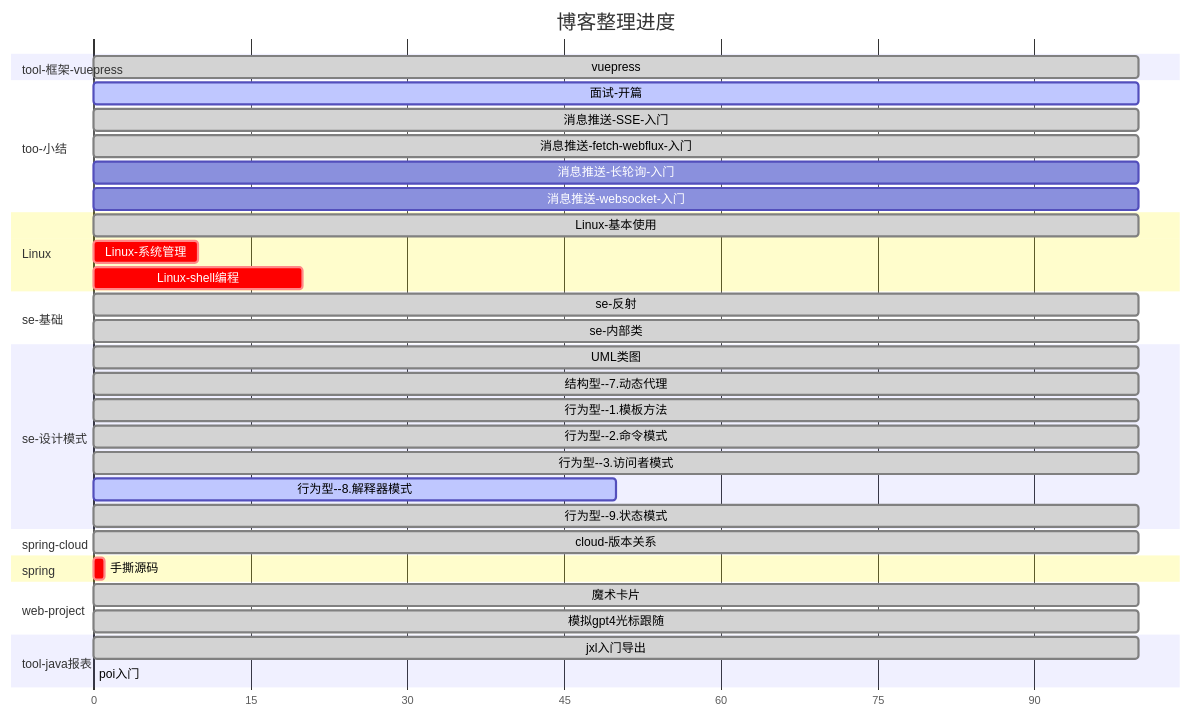
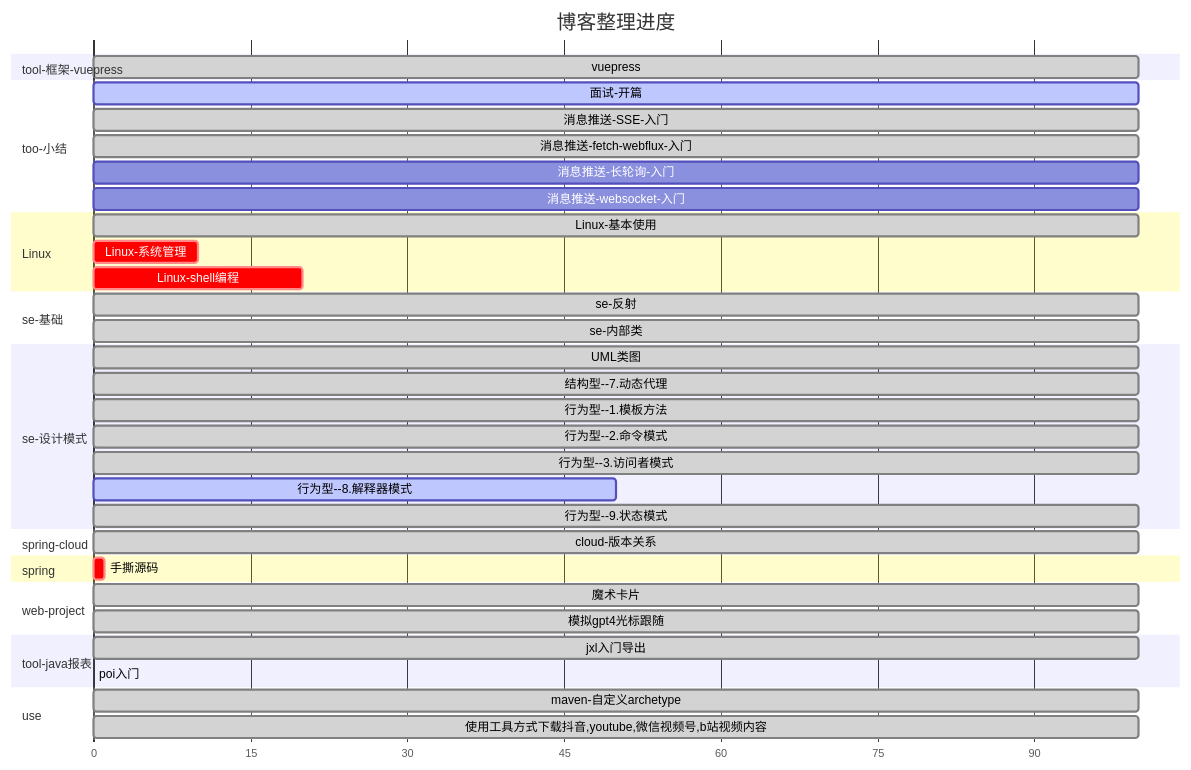
The diagram in docs/README.md (zs-mcu/docs), drawn with Mermaid before and after one commit. The commit also changed 65 other files, not shown here.

````diff
--- a/docs/README.md
+++ b/docs/README.md
@@ -30,53 +30,57 @@
 ```mermaid
 gantt
   title 博客整理进度
   dateFormat X
   axisFormat %s
 
   section tool-框架-vuepress
   vuepress        : done,0,100
 
   section too-小结
   面试-开篇          : active,0, 100
 
   消息推送-SSE-入门      : done,0, 100
   消息推送-fetch-webflux-入门 : done,0,100
   消息推送-长轮询-入门 : 0,100
   消息推送-websocket-入门 : 0,100
 
 
   section Linux
   Linux-基本使用    : done,0,100
   Linux-系统管理    : crit,0,10
   Linux-shell编程   : crit,0,20
 
   section se-基础
   se-反射           :  done,0, 100
   se-内部类         :  done,0,100
 
   section se-设计模式
   UML类图   : done,0,100
   结构型--7.动态代理   : done,0, 100
   行为型--1.模板方法   : done,0,100
   行为型--2.命令模式   : done,0,100
   行为型--3.访问者模式 : done,0,100
   行为型--8.解释器模式 : active,0,50
   行为型--9.状态模式  : done,0,100
   
 
   section spring-cloud
   cloud-版本关系    : done,0, 100
 
   section spring
   手撕源码          : crit,0, 1
 
 
   section web-project
   魔术卡片          : done,0,100
   模拟gpt4光标跟随   : done,0,100
 
   section tool-java报表
   jxl入门导出       :done,0,100
   poi入门          :crit,0,0
+
+  section use
+  maven-自定义archetype:done,0,100
+  使用工具方式下载抖音,youtube,微信视频号,b站视频内容:done,0,100
   
 ```
````
